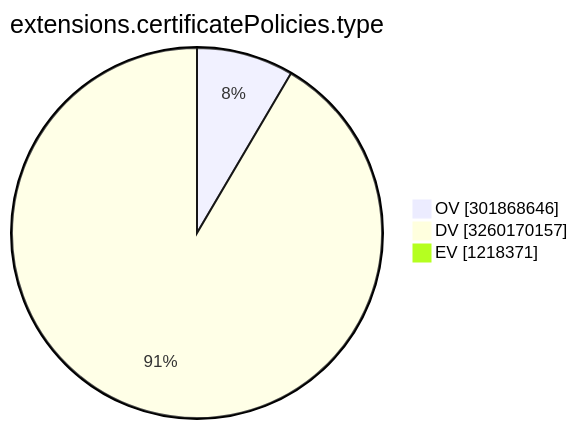
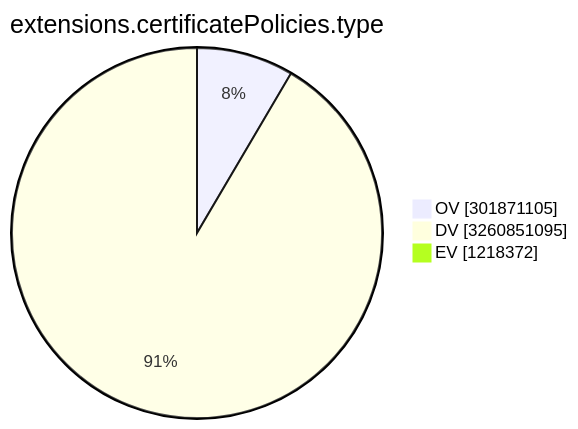
One commit to christiankrug/ctmonitor_visualization changed the ninth of 15 diagrams in TOTAL/README.md. Above: the diagram before and after it, drawn with Mermaid. The commit also changed other lines of this file, not shown here.

````diff
--- a/TOTAL/README.md
+++ b/TOTAL/README.md
@@ -3107,7 +3107,7 @@
 ```mermaid
 pie showData
 title extensions.certificatePolicies.type
-"OV" :301868646
-"DV" :3260170157
-"EV" :1218371
+"OV" :301871105
+"DV" :3260851095
+"EV" :1218372
 ```
````
